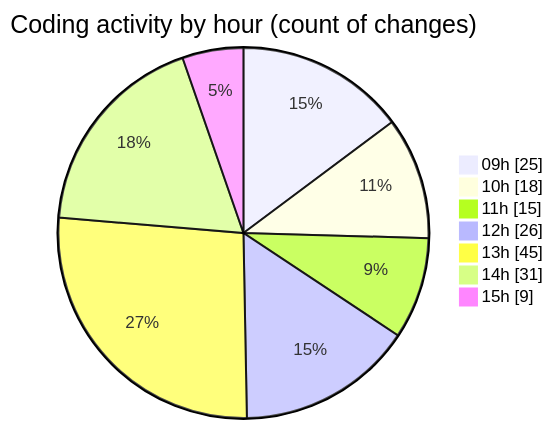
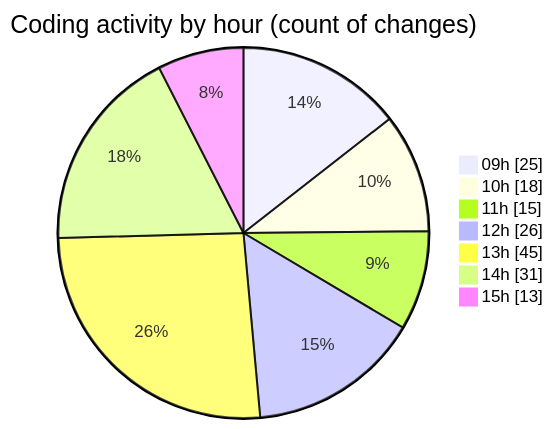
One commit to momahboobian/code-tracking changed the second of 2 diagrams in 2025-03-13/cda/README.md. Above: the diagram before and after it, drawn with Mermaid. The commit also changed other lines of this file and 1 other file, not shown here.

````diff
--- a/2025-03-13/cda/README.md
+++ b/2025-03-13/cda/README.md
@@ -42,11 +42,11 @@
 ```mermaid
 pie showData
 title Coding activity by hour (count of changes)
 "09h" : 25
 "10h" : 18
 "11h" : 15
 "12h" : 26
 "13h" : 45
 "14h" : 31
-"15h" : 9
+"15h" : 13
 ```
````
